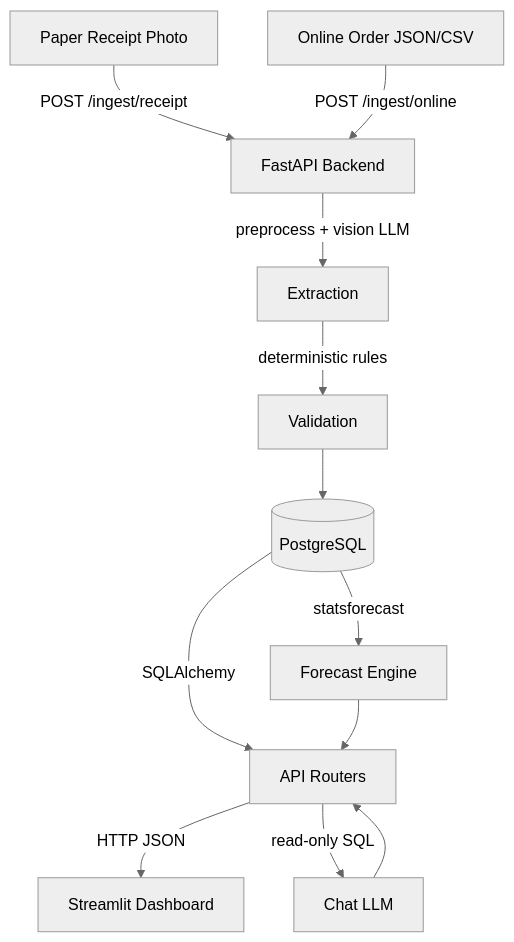
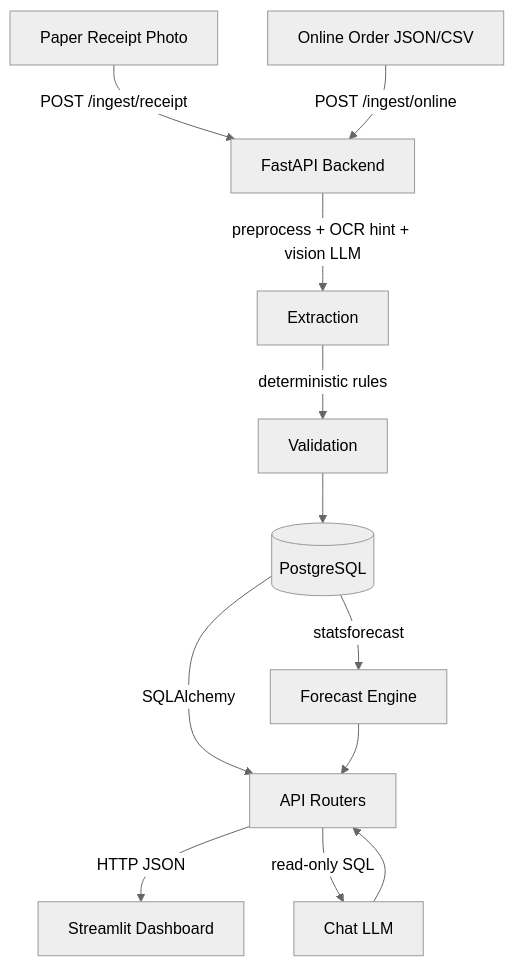
The diagram in docs/architecture.md (RiyanNaffa/scanota), drawn with Mermaid (neutral theme) before and after one commit. The commit also changed other lines of this file and 6 other files, not shown here.

First line of the commit message:
docs: bring the READMEs and architecture notes in line with the current setup

````diff
--- a/docs/architecture.md
+++ b/docs/architecture.md
@@ -5,14 +5,14 @@
 ```mermaid
 graph TD
     A[Paper Receipt Photo] -->|POST /ingest/receipt| B[FastAPI Backend]
     C[Online Order JSON/CSV] -->|POST /ingest/online| B
-    B -->|preprocess + vision LLM| D[Extraction]
+    B -->|preprocess + OCR hint + vision LLM| D[Extraction]
     D -->|deterministic rules| E[Validation]
     E --> F[(PostgreSQL)]
     F -->|SQLAlchemy| G[API Routers]
     G -->|HTTP JSON| H[Streamlit Dashboard]
     G -->|read-only SQL| I[Chat LLM]
     F -->|statsforecast| J[Forecast Engine]
     J --> G
     I --> G
 ```
````
